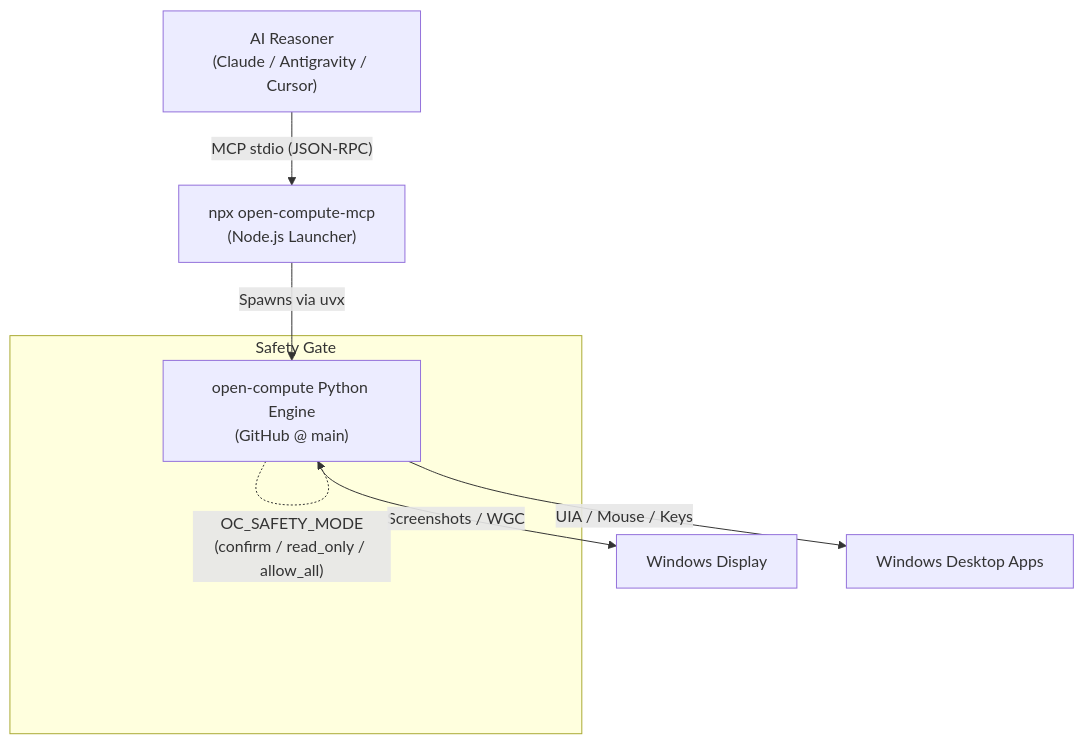
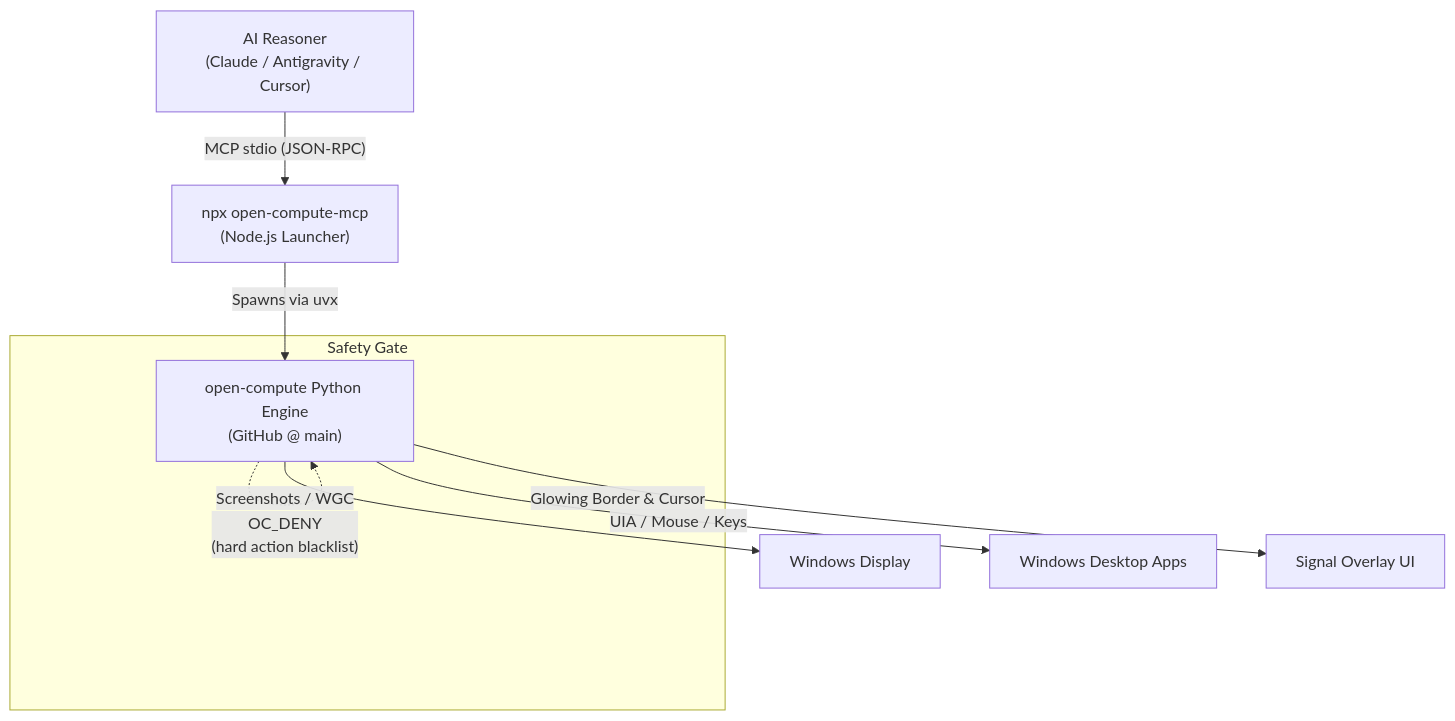
One commit to ellmos-ai/open-compute-mcp changed the first of 2 diagrams in README.md. Above: the diagram before and after it, drawn with Mermaid. The commit also changed other lines of this file and 6 other files, not shown here.

Commit message:
docs: discoverability & metadata parity update for 16 MCP tools, Glama schema & llms.txt [G 2026-08-21]

````diff
--- a/README.md
+++ b/README.md
@@ -32,11 +60,13 @@
 ```mermaid
 graph TD
     A["AI Reasoner<br/>(Claude / Antigravity / Cursor)"] -- "MCP stdio (JSON-RPC)" --> B["npx open-compute-mcp<br/>(Node.js Launcher)"]
     B -- "Spawns via uvx" --> C["open-compute Python Engine<br/>(GitHub @ main)"]
     C -- "Screenshots / WGC" --> D["Windows Display"]
     C -- "UIA / Mouse / Keys" --> E["Windows Desktop Apps"]
+    C -- "Glowing Border & Cursor" --> F["Signal Overlay UI"]
 
     subgraph Safety Gate
         C -. "OC_SAFETY_MODE<br/>(confirm / read_only / allow_all)" .-> C
+        C -. "OC_DENY<br/>(hard action blacklist)" .-> C
     end
 ```
````
